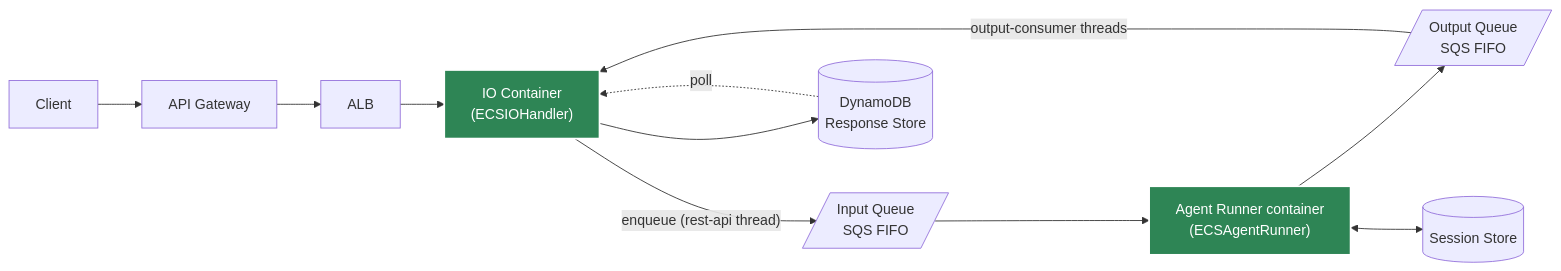
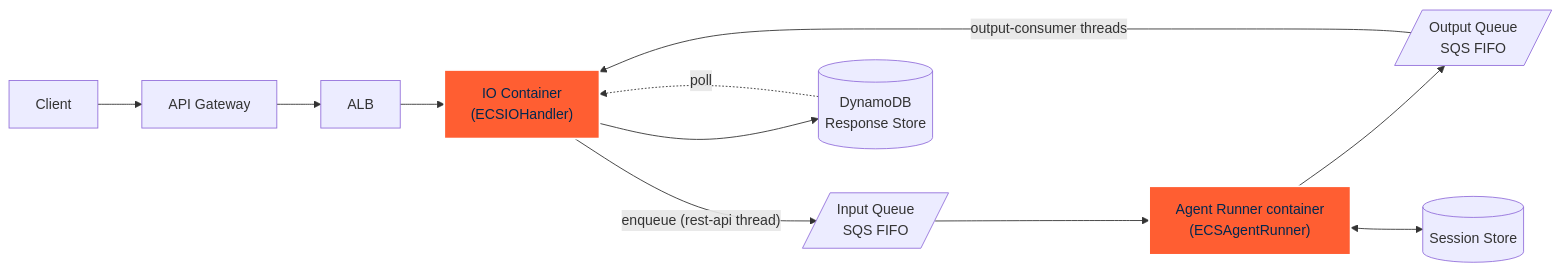
Before and after one commit to yaalalabs/agent-kernel: the second of 5 diagrams in docs/docs/deployment/aws-containerized.md, drawn with Mermaid. The commit also changed other lines of this file and 444 other files, not shown here.

````diff
--- a/docs/docs/deployment/aws-containerized.md
+++ b/docs/docs/deployment/aws-containerized.md
@@ -104,18 +104,18 @@
 ```mermaid
 graph LR
     A[Client] --> B[API Gateway]
     B --> C[ALB]
     C --> D["IO Container<br/>(ECSIOHandler)"]
 
     D -->|"enqueue (rest-api thread)"| E[/Input Queue<br/>SQS FIFO/]
     E --> G["Agent Runner container<br/>(ECSAgentRunner)"]
     G --> F[/Output Queue<br/>SQS FIFO/]
     F -->|"output-consumer threads"| D
     D --> H[(DynamoDB<br/>Response Store)]
     H -.->|poll| D
 
     G <--> S[(Session Store)]
 
-    style D fill:#2e8555,stroke:#fff,stroke-width:2px,color:#fff
-    style G fill:#2e8555,stroke:#fff,stroke-width:2px,color:#fff
+    style D fill:#FF5E32,stroke:#fff,stroke-width:2px,color:#02284F
+    style G fill:#FF5E32,stroke:#fff,stroke-width:2px,color:#02284F
 ```
````
